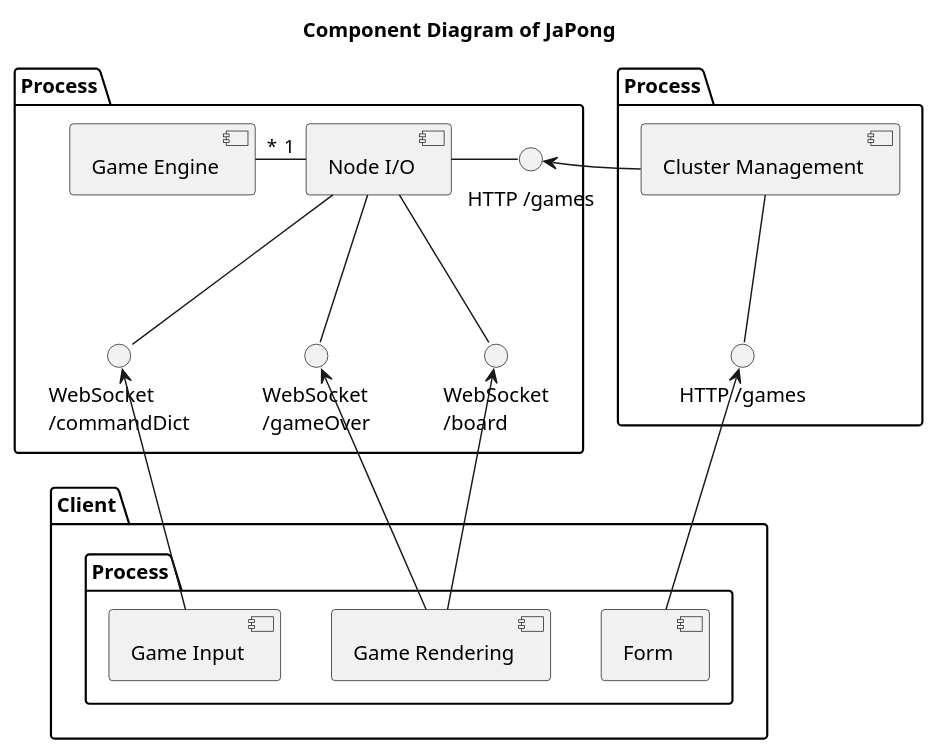
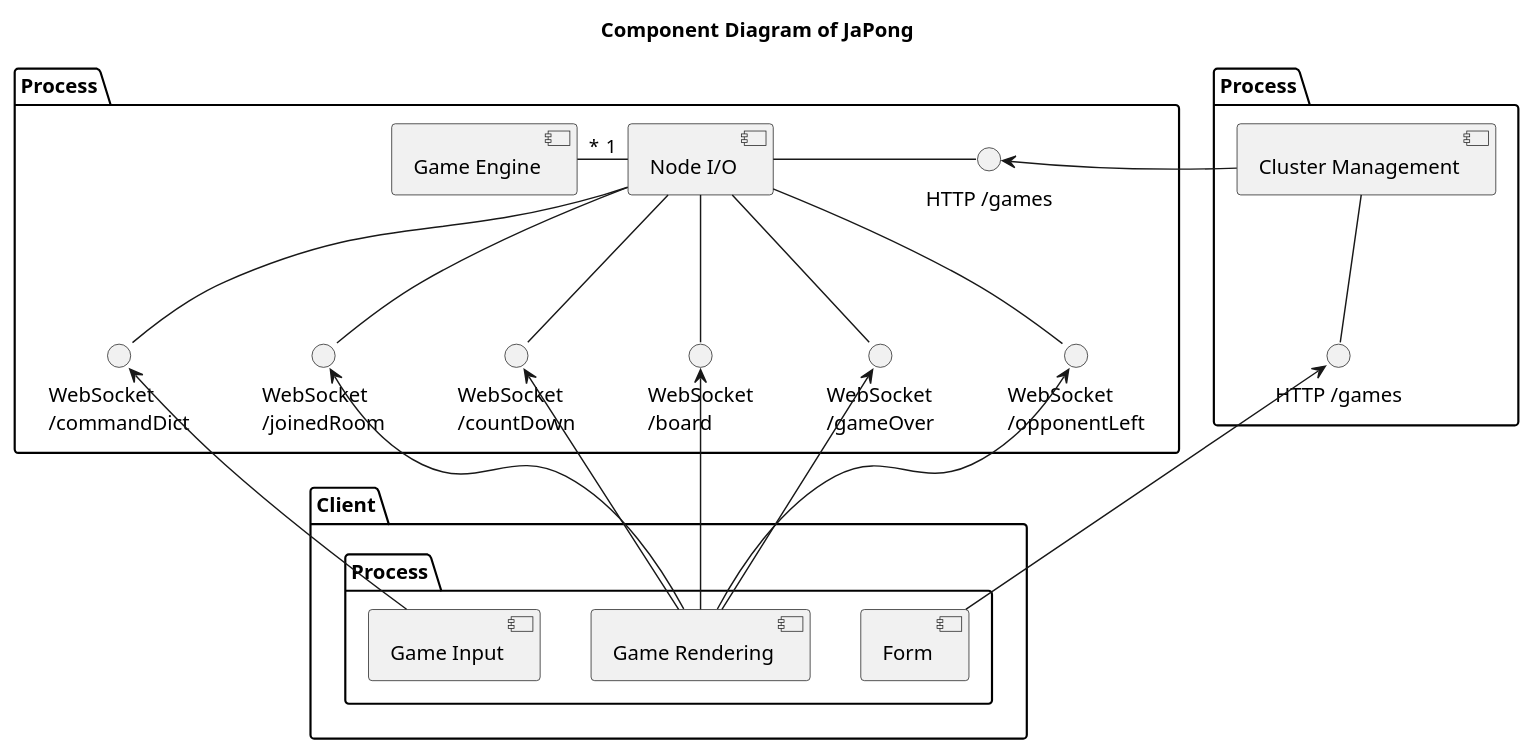
Before and after one commit to uztbt/japong-design: the diagram in uml/component.plantuml, drawn with PlantUML. The commit also changed 3 other files, not shown here.

```diff
--- a/uml/component.plantuml
+++ b/uml/component.plantuml
@@ -1,33 +1,42 @@
 @startuml
 
 title "Component Diagram of JaPong"
 
 folder "Process" as gameManagementProcess {
     [Game Engine]
     [Game Engine] "*" - "1" [Node I/O]
     interface "HTTP /games" as NodeIOIF
     [Node I/O] - NodeIOIF
     interface "WebSocket\n/commandDict" as GameCommandDictIF
     [Node I/O] -- GameCommandDictIF
+    interface "WebSocket\n/opponentLeft" as OpponentLeftIF
+    [Node I/O] -- OpponentLeftIF
+    interface "WebSocket\n/gameOver" as GameOverIF
+    [Node I/O] -- GameOverIF
     interface "WebSocket\n/board" as GameBoardIF
     [Node I/O] -- GameBoardIF
-    interface "WebSocket\n/gameOver" as GameOverIF
-    [Node I/O] -- GameOverIF
+    interface "WebSocket\n/countDown" as CountDownIF
+    [Node I/O] -- CountDownIF
+    interface "WebSocket\n/joinedRoom" as JoinedRoomIF
+    [Node I/O] -- JoinedRoomIF
 }
 folder "Process" as roomManagementProcess {
     [Cluster Management]
     interface "HTTP /games" as ClusterManagementIF
     [Cluster Management] -- ClusterManagementIF
     NodeIOIF <- [Cluster Management]
 }
 
 package Client {
     folder "Process" as clientProcess {
         [Form] -up-> ClusterManagementIF
+        [Game Rendering] -up-> OpponentLeftIF
+        [Game Rendering] -up-> GameOverIF
         [Game Rendering] -up-> GameBoardIF
-        [Game Rendering] -up-> GameOverIF
+        [Game Rendering] -up-> CountDownIF
+        [Game Rendering] -up-> JoinedRoomIF
         [Game Input] -up-> GameCommandDictIF
     }
 }
 
 @enduml
```
